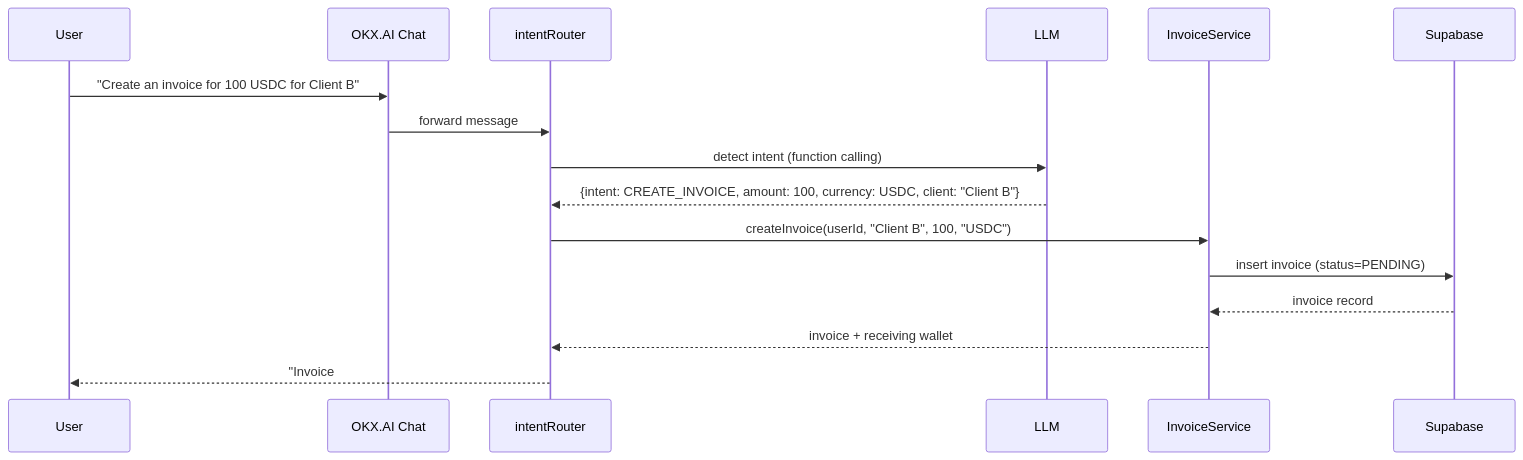
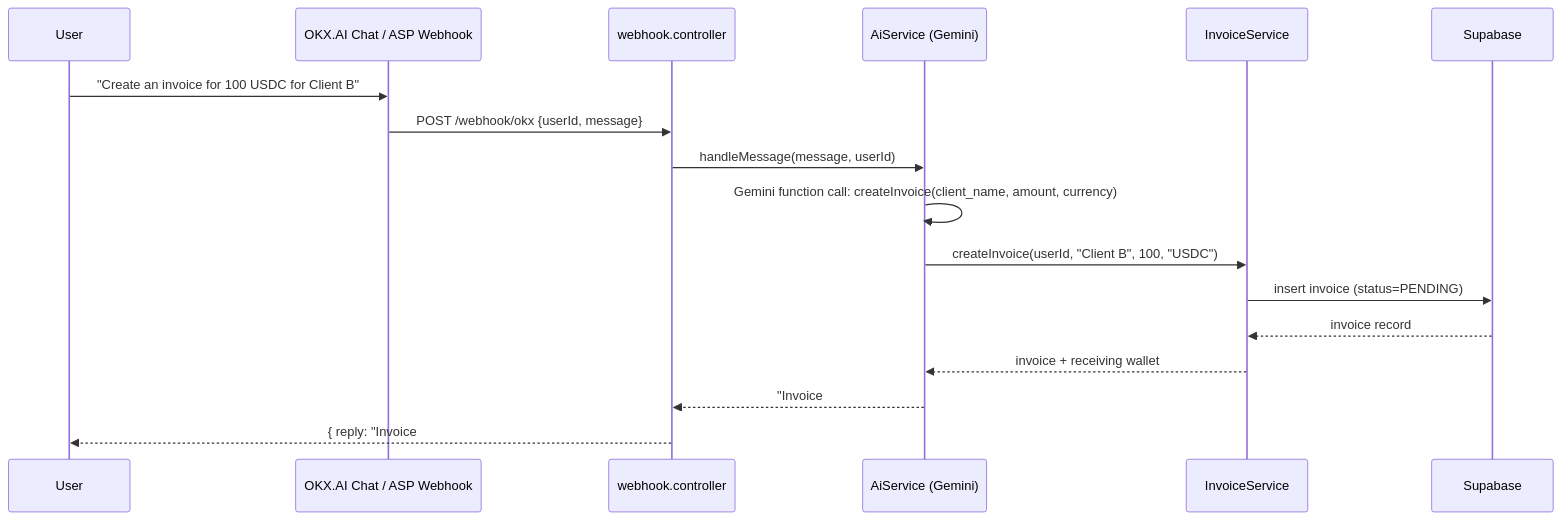
Before and after one commit to secondioprawiro/SoloFi-CFO: the second of 5 diagrams in solofi-apps/ARCHITECTURE.md, drawn with Mermaid. The commit also changed other lines of this file and 50 other files, not shown here.

````diff
--- a/solofi-apps/ARCHITECTURE.md
+++ b/solofi-apps/ARCHITECTURE.md
@@ -37,19 +38,20 @@
 ```mermaid
 sequenceDiagram
     participant U as User
-    participant C as OKX.AI Chat
-    participant R as intentRouter
-    participant L as LLM
+    participant C as OKX.AI Chat / ASP Webhook
+    participant W as webhook.controller
+    participant G as AiService (Gemini)
     participant I as InvoiceService
     participant D as Supabase
 
     U->>C: "Create an invoice for 100 USDC for Client B"
-    C->>R: forward message
-    R->>L: detect intent (function calling)
-    L-->>R: {intent: CREATE_INVOICE, amount: 100, currency: USDC, client: "Client B"}
-    R->>I: createInvoice(userId, "Client B", 100, "USDC")
+    C->>W: POST /webhook/okx {userId, message}
+    W->>G: handleMessage(message, userId)
+    G->>G: Gemini function call: createInvoice(client_name, amount, currency)
+    G->>I: createInvoice(userId, "Client B", 100, "USDC")
     I->>D: insert invoice (status=PENDING)
     D-->>I: invoice record
-    I-->>R: invoice + receiving wallet
-    R-->>U: "Invoice #INV-001 created. Send 100 USDC to 0x..."
+    I-->>G: invoice + receiving wallet
+    G-->>W: "Invoice #INV-001 created. Send 100 USDC to 0x..."
+    W-->>U: { reply: "Invoice #INV-001 created..." }
 ```
````
